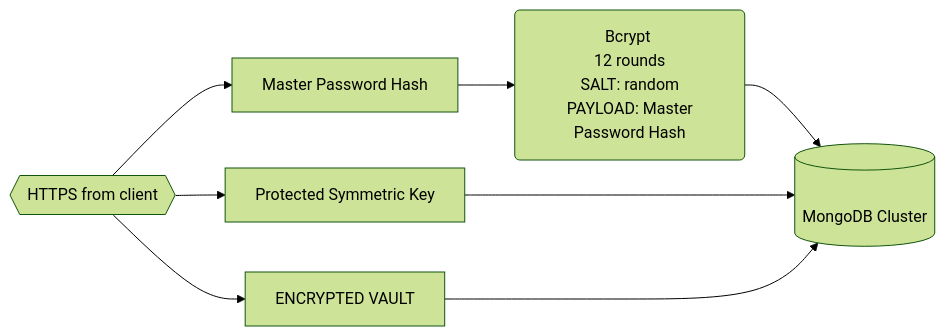
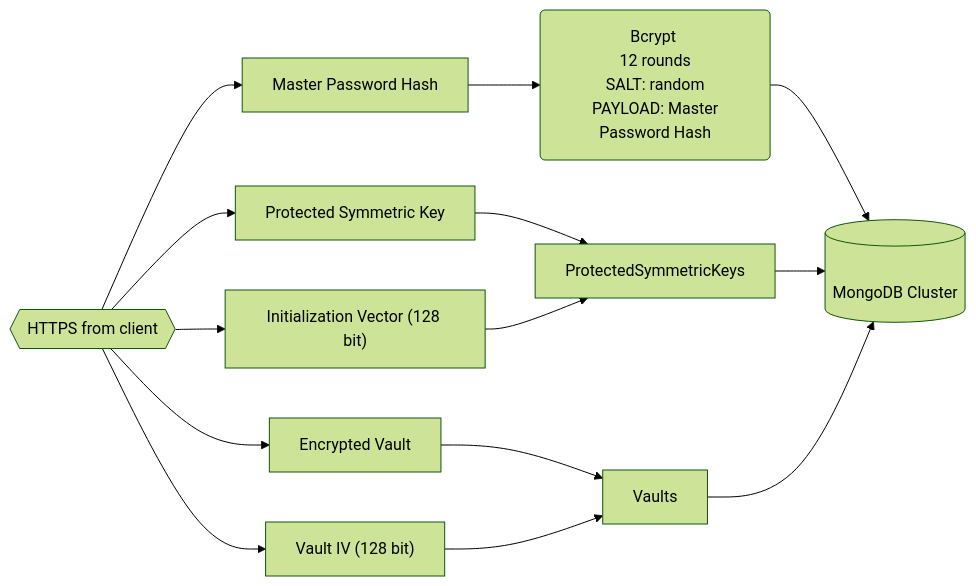
One commit to lukaarma/pwm_backend changed the third of 3 diagrams in specifications/Security Whitepaper.md. Above: the diagram before and after it, drawn with Mermaid (forest theme). The commit also changed other lines of this file and 1 other file, not shown here.

Commit message:
Revisited Encrypter Vault storage Better documentation wording

````diff
--- a/specifications/Security Whitepaper.md
+++ b/specifications/Security Whitepaper.md
@@ -86,15 +97,24 @@
 ```mermaid
 flowchart LR
     MASTER_PASSWORD_HASH[Master Password Hash]
     PROTECTED_SYMMETRIC_KEY[Protected Symmetric Key]
+    IV["Initialization Vector (128 bit)"]
+    PSK_COLLECTION[ProtectedSymmetricKeys]
+    ENCRYPTED_VAULT[Encrypted Vault]
+    VAULT_IV["Vault IV (128 bit)"]
+    VAULT_COLLECTION[Vaults]
     DATABASE[(<br> MongoDB Cluster)]
-    ENCRYPTED_VAULT[ENCRYPTED VAULT]
+
     HTTPS_FROM_CLIENT{{HTTPS from client}}
-
     BCRYPT(Bcrypt <br> 12 rounds <br> SALT: random <br> PAYLOAD: Master Password Hash)
 
 
     HTTPS_FROM_CLIENT --> MASTER_PASSWORD_HASH --> BCRYPT --> DATABASE
-    HTTPS_FROM_CLIENT --> PROTECTED_SYMMETRIC_KEY ---> DATABASE
-    HTTPS_FROM_CLIENT --> ENCRYPTED_VAULT ---> DATABASE
+    HTTPS_FROM_CLIENT --> PROTECTED_SYMMETRIC_KEY --> PSK_COLLECTION
+    HTTPS_FROM_CLIENT --> IV --> PSK_COLLECTION
+    HTTPS_FROM_CLIENT --> ENCRYPTED_VAULT --> VAULT_COLLECTION
+    HTTPS_FROM_CLIENT --> VAULT_IV --> VAULT_COLLECTION
+
+    PSK_COLLECTION --> DATABASE
+    VAULT_COLLECTION --> DATABASE
 ```
````
